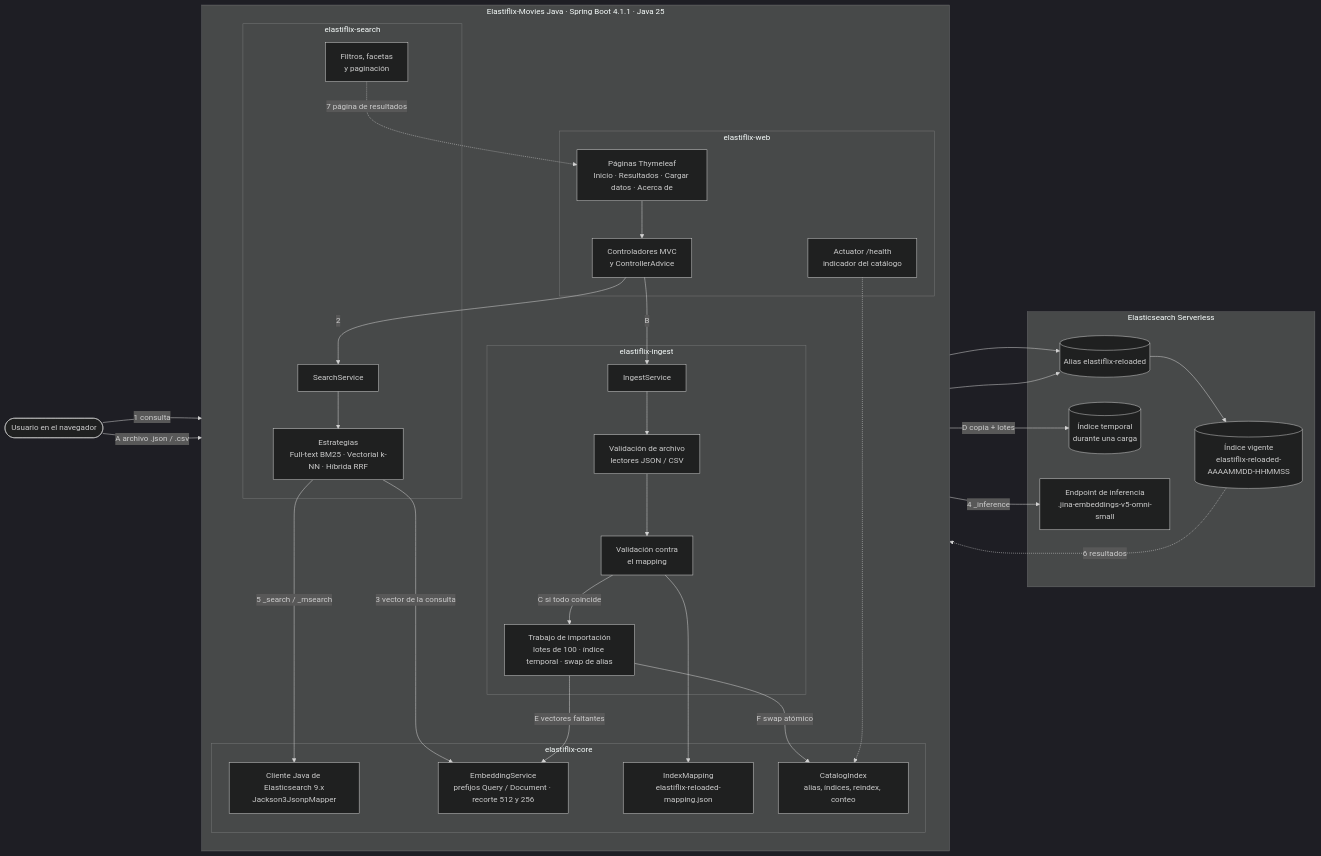
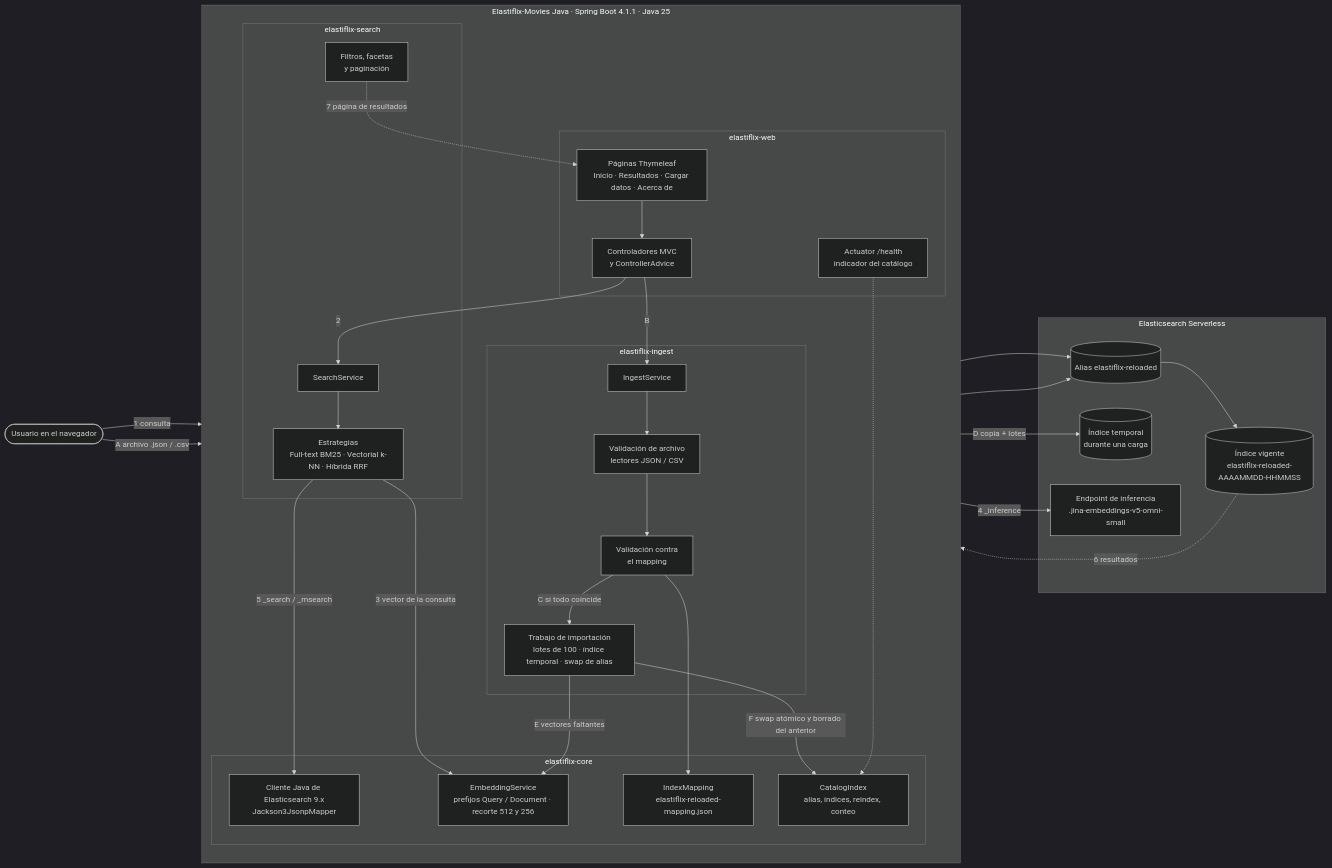
The diagram in docs/arquitectura.mermaid (bigfito/elastiflix-reloaded), drawn with Mermaid (dark theme) before and after one commit. The commit also changed 11 other files, not shown here.

```diff
--- a/docs/arquitectura.mermaid
+++ b/docs/arquitectura.mermaid
@@ -1,58 +1,58 @@
 flowchart LR
   user(["Usuario en el navegador"])
 
   subgraph app["Elastiflix-Movies Java · Spring Boot 4.1.1 · Java 25"]
     direction TB
     subgraph web["elastiflix-web"]
       pages["Páginas Thymeleaf<br/>Inicio · Resultados · Cargar datos · Acerca de"]
       ctrl["Controladores MVC<br/>y ControllerAdvice"]
       health["Actuator /health<br/>indicador del catálogo"]
     end
     subgraph search["elastiflix-search"]
       facade_s["SearchService"]
       strat["Estrategias<br/>Full-text BM25 · Vectorial k-NN · Híbrida RRF"]
       facets["Filtros, facetas<br/>y paginación"]
     end
     subgraph ingest["elastiflix-ingest"]
       facade_i["IngestService"]
       readers["Validación de archivo<br/>lectores JSON / CSV"]
       validator["Validación contra<br/>el mapping"]
       job["Trabajo de importación<br/>lotes de 100 · índice temporal · swap de alias"]
     end
     subgraph core["elastiflix-core"]
       client["Cliente Java de Elasticsearch 9.x<br/>Jackson3JsonpMapper"]
       catalog["CatalogIndex<br/>alias, índices, reindex, conteo"]
       emb["EmbeddingService<br/>prefijos Query / Document · recorte 512 y 256"]
       mapping["IndexMapping<br/>elastiflix-reloaded-mapping.json"]
     end
   end
 
   subgraph es["Elasticsearch Serverless"]
     alias[("Alias elastiflix-reloaded")]
     idx[("Índice vigente<br/>elastiflix-reloaded-AAAAMMDD-HHMMSS")]
     tmp[("Índice temporal<br/>durante una carga")]
     inf["Endpoint de inferencia<br/>.jina-embeddings-v5-omni-small"]
   end
 
   user -->|"1 consulta"| pages
   pages --> ctrl
   ctrl -->|"2"| facade_s
   facade_s --> strat
   strat -->|"3 vector de la consulta"| emb
   emb -->|"4 _inference"| inf
   strat -->|"5 _search / _msearch"| client
   client --> alias
   alias --> idx
   idx -.->|"6 resultados"| facets
   facets -.->|"7 página de resultados"| pages
 
   user -->|"A archivo .json / .csv"| pages
   ctrl -->|"B"| facade_i
   facade_i --> readers --> validator
   validator --> mapping
   validator -->|"C si todo coincide"| job
   job -->|"D copia + lotes"| tmp
   job -->|"E vectores faltantes"| emb
-  job -->|"F swap atómico"| catalog
+  job -->|"F swap atómico y borrado del anterior"| catalog
   catalog --> alias
   health -.-> catalog
```
